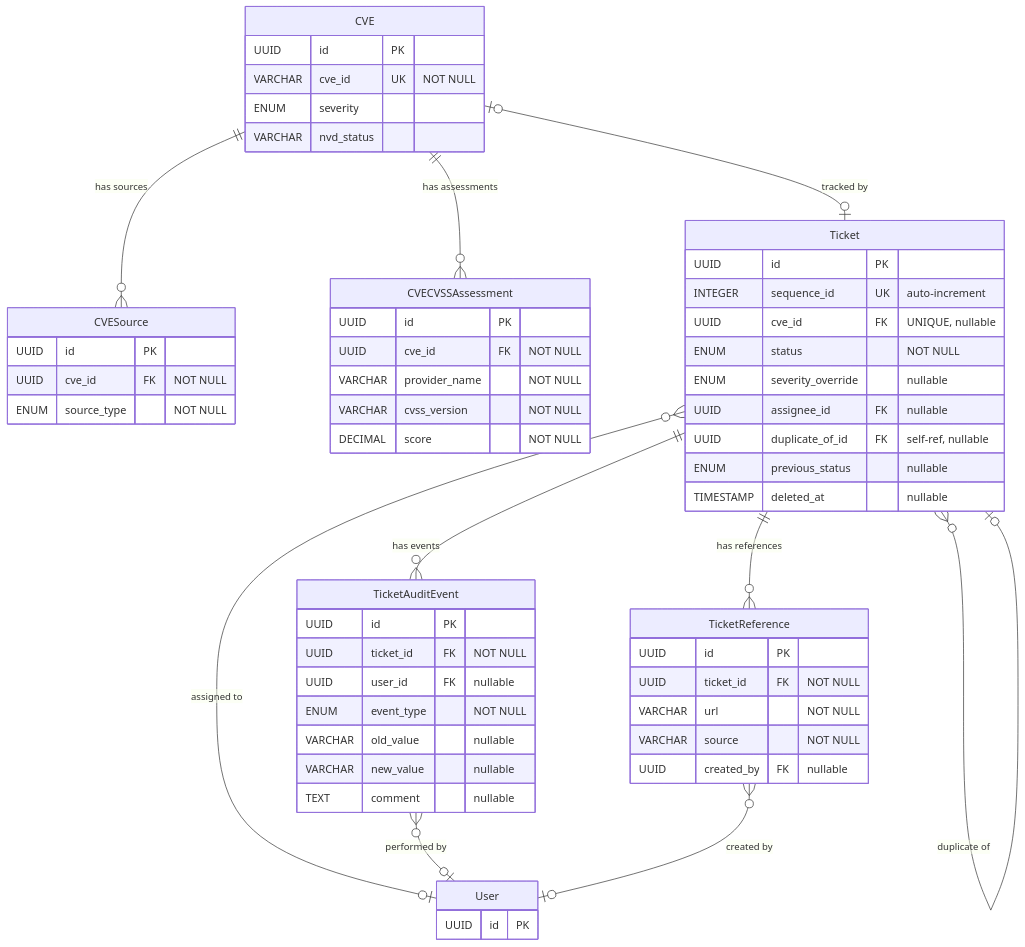
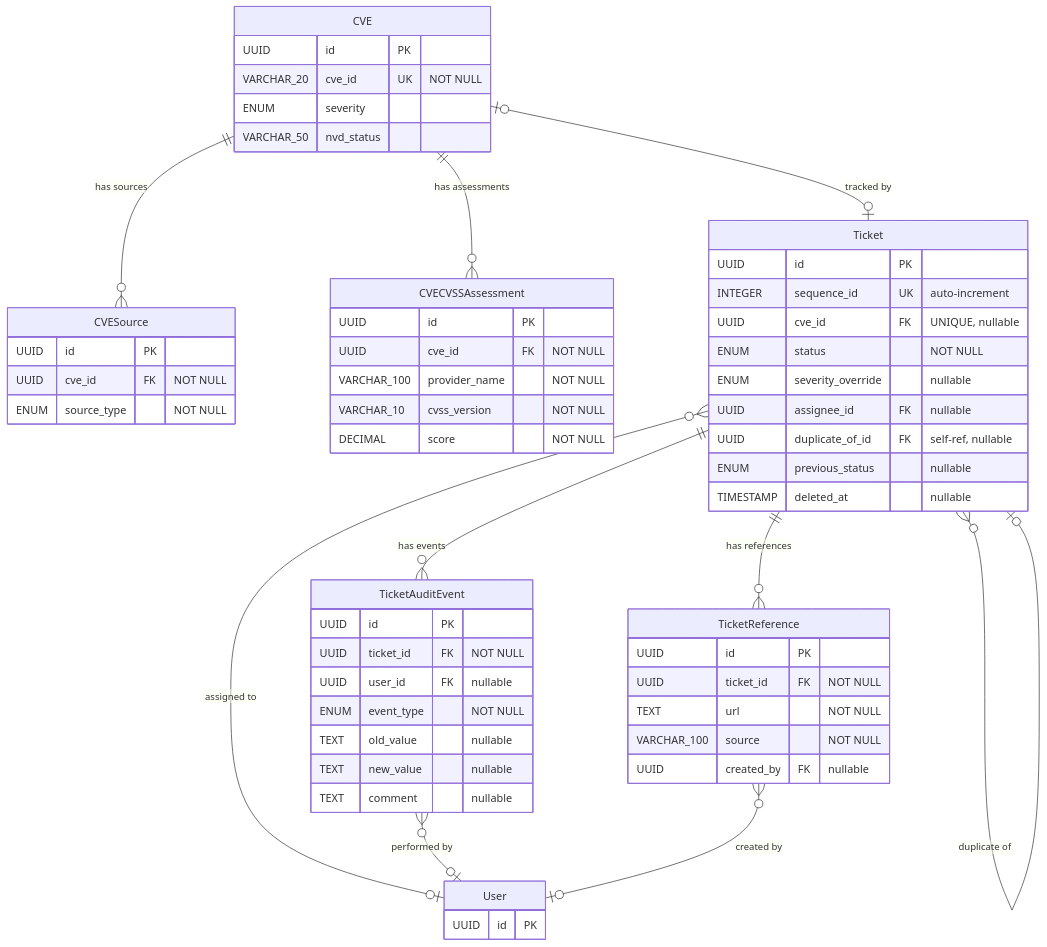
One commit to StayPirate/STAMP changed the second of 6 diagrams in docs/data-model.md. Above: the diagram before and after it, drawn with Mermaid. The commit also changed other lines of this file and 10 other files, not shown here.

````diff
--- a/docs/data-model.md
+++ b/docs/data-model.md
@@ -69,61 +69,61 @@
 ```mermaid
 erDiagram
     CVE {
         UUID id PK
-        VARCHAR cve_id UK "NOT NULL"
+        VARCHAR_20 cve_id UK "NOT NULL"
         ENUM severity
-        VARCHAR nvd_status
+        VARCHAR_50 nvd_status
     }
     CVESource {
         UUID id PK
         UUID cve_id FK "NOT NULL"
         ENUM source_type "NOT NULL"
     }
     CVECVSSAssessment {
         UUID id PK
         UUID cve_id FK "NOT NULL"
-        VARCHAR provider_name "NOT NULL"
-        VARCHAR cvss_version "NOT NULL"
+        VARCHAR_100 provider_name "NOT NULL"
+        VARCHAR_10 cvss_version "NOT NULL"
         DECIMAL score "NOT NULL"
     }
     Ticket {
         UUID id PK
         INTEGER sequence_id UK "auto-increment"
         UUID cve_id FK "UNIQUE, nullable"
         ENUM status "NOT NULL"
         ENUM severity_override "nullable"
         UUID assignee_id FK "nullable"
         UUID duplicate_of_id FK "self-ref, nullable"
         ENUM previous_status "nullable"
         TIMESTAMP deleted_at "nullable"
     }
     TicketAuditEvent {
         UUID id PK
         UUID ticket_id FK "NOT NULL"
         UUID user_id FK "nullable"
         ENUM event_type "NOT NULL"
-        VARCHAR old_value "nullable"
-        VARCHAR new_value "nullable"
+        TEXT old_value "nullable"
+        TEXT new_value "nullable"
         TEXT comment "nullable"
     }
     TicketReference {
         UUID id PK
         UUID ticket_id FK "NOT NULL"
-        VARCHAR url "NOT NULL"
-        VARCHAR source "NOT NULL"
+        TEXT url "NOT NULL"
+        VARCHAR_100 source "NOT NULL"
         UUID created_by FK "nullable"
     }
     User {
         UUID id PK
     }
 
     CVE ||--o{ CVESource : "has sources"
     CVE ||--o{ CVECVSSAssessment : "has assessments"
     CVE |o--o| Ticket : "tracked by"
     Ticket ||--o{ TicketAuditEvent : "has events"
     Ticket ||--o{ TicketReference : "has references"
     Ticket }o--o| User : "assigned to"
     Ticket }o--o| Ticket : "duplicate of"
     TicketAuditEvent }o--o| User : "performed by"
     TicketReference }o--o| User : "created by"
 ```
````
